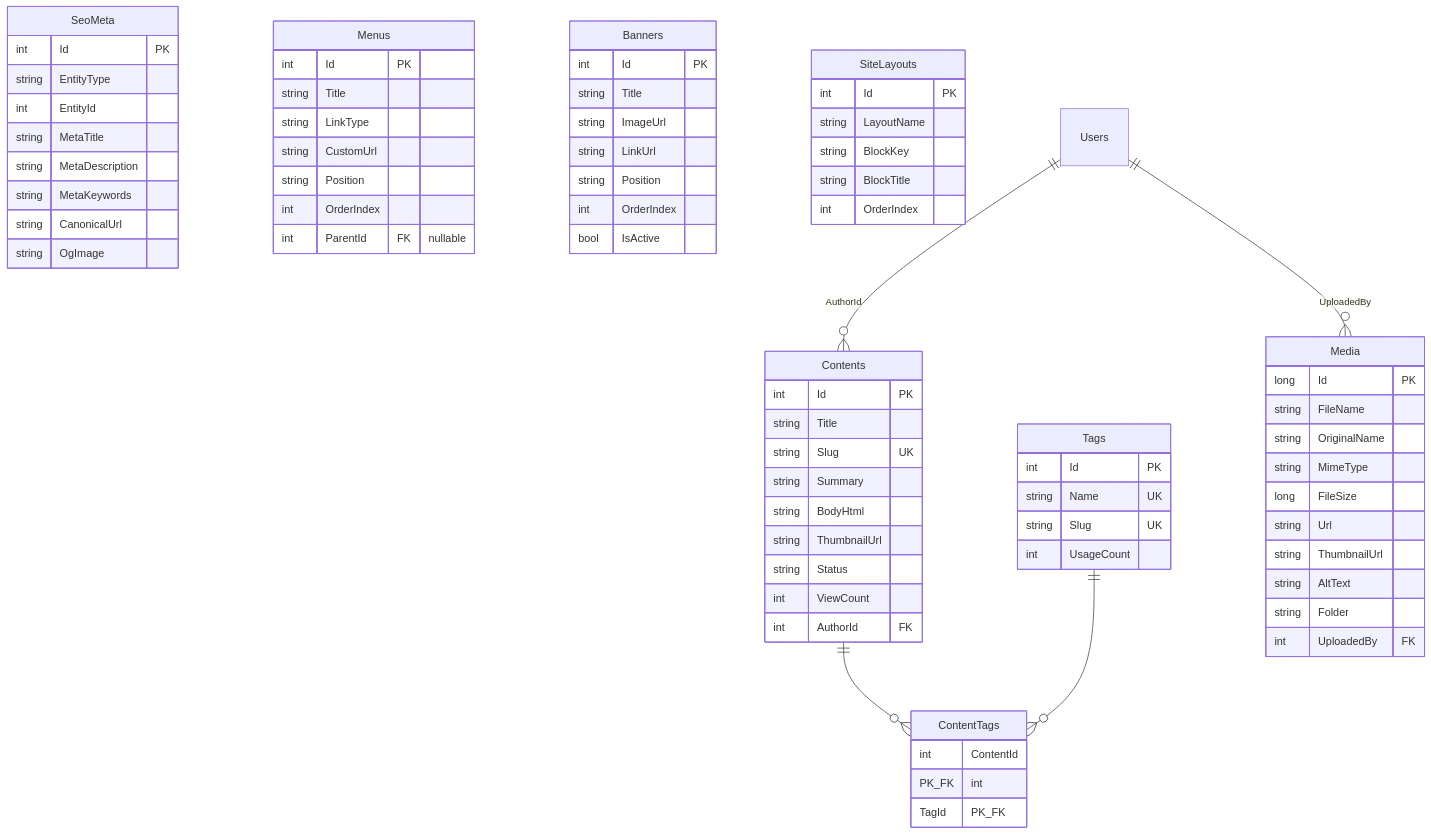
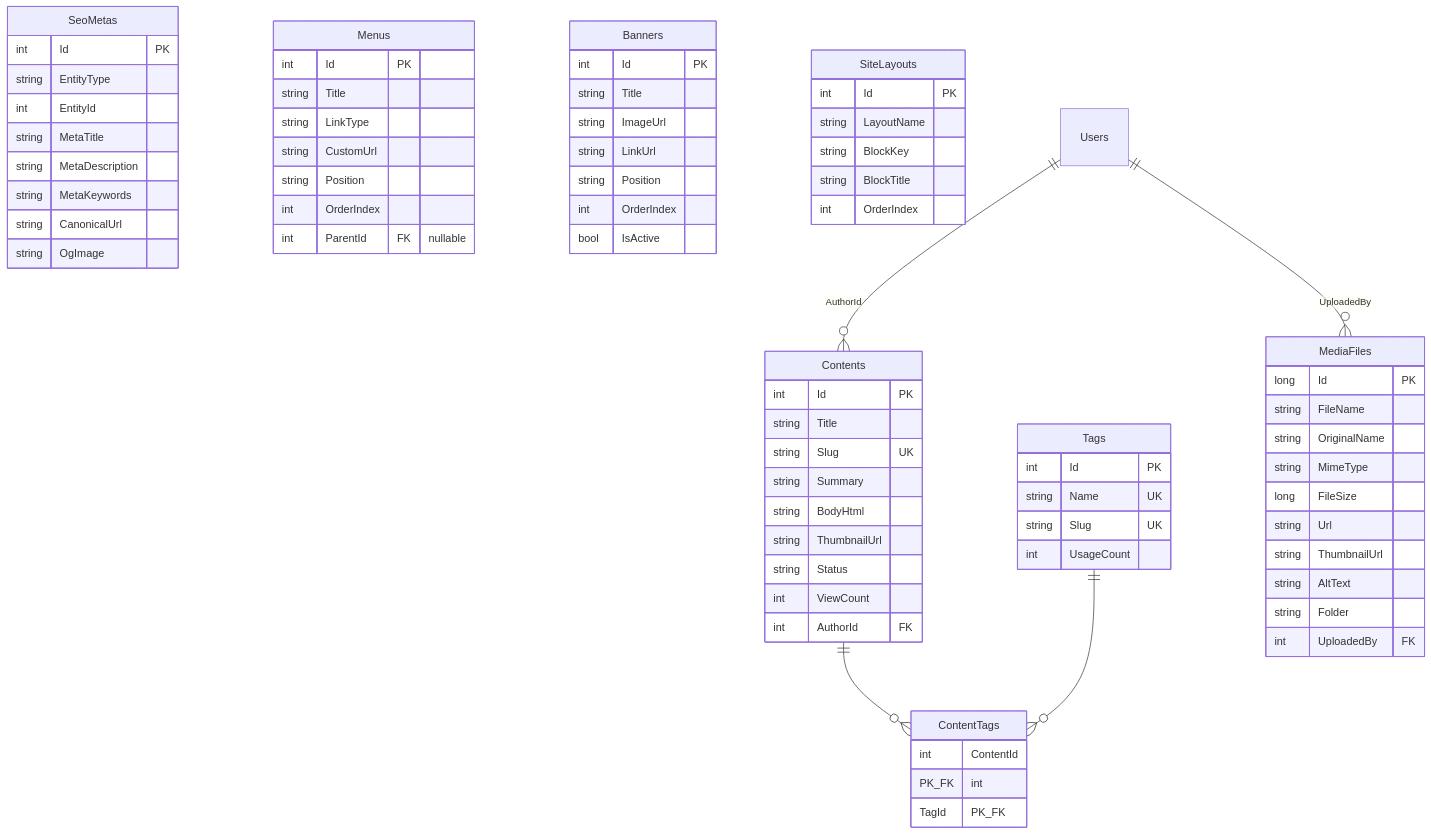
Before and after one commit to kysuriaminato-ai/HRM---CMS---B-n-h-ng-Kho: the third of 4 diagrams in docs/ERD.md, drawn with Mermaid. The commit also changed other lines of this file and 281 other files, not shown here.

````diff
--- a/docs/ERD.md
+++ b/docs/ERD.md
@@ -335,76 +442,76 @@
 ```mermaid
 erDiagram
     Contents {
         int Id PK
         string Title
         string Slug UK
         string Summary
         string BodyHtml
         string ThumbnailUrl
         string Status
         int ViewCount
         int AuthorId FK
     }
     Tags {
         int Id PK
         string Name UK
         string Slug UK
         int UsageCount
     }
     ContentTags {
         int ContentId PK_FK
         int TagId PK_FK
     }
-    Media {
+    MediaFiles {
         long Id PK
         string FileName
         string OriginalName
         string MimeType
         long FileSize
         string Url
         string ThumbnailUrl
         string AltText
         string Folder
         int UploadedBy FK
     }
-    SeoMeta {
+    SeoMetas {
         int Id PK
         string EntityType
         int EntityId
         string MetaTitle
         string MetaDescription
         string MetaKeywords
         string CanonicalUrl
         string OgImage
     }
     Menus {
         int Id PK
         string Title
         string LinkType
         string CustomUrl
         string Position
         int OrderIndex
         int ParentId FK "nullable"
     }
     Banners {
         int Id PK
         string Title
         string ImageUrl
         string LinkUrl
         string Position
         int OrderIndex
         bool IsActive
     }
     SiteLayouts {
         int Id PK
         string LayoutName
         string BlockKey
         string BlockTitle
         int OrderIndex
     }
 
     Contents ||--o{ ContentTags : ""
     Tags ||--o{ ContentTags : ""
     Users ||--o{ Contents : "AuthorId"
-    Users ||--o{ Media : "UploadedBy"
+    Users ||--o{ MediaFiles : "UploadedBy"
 ```
````
